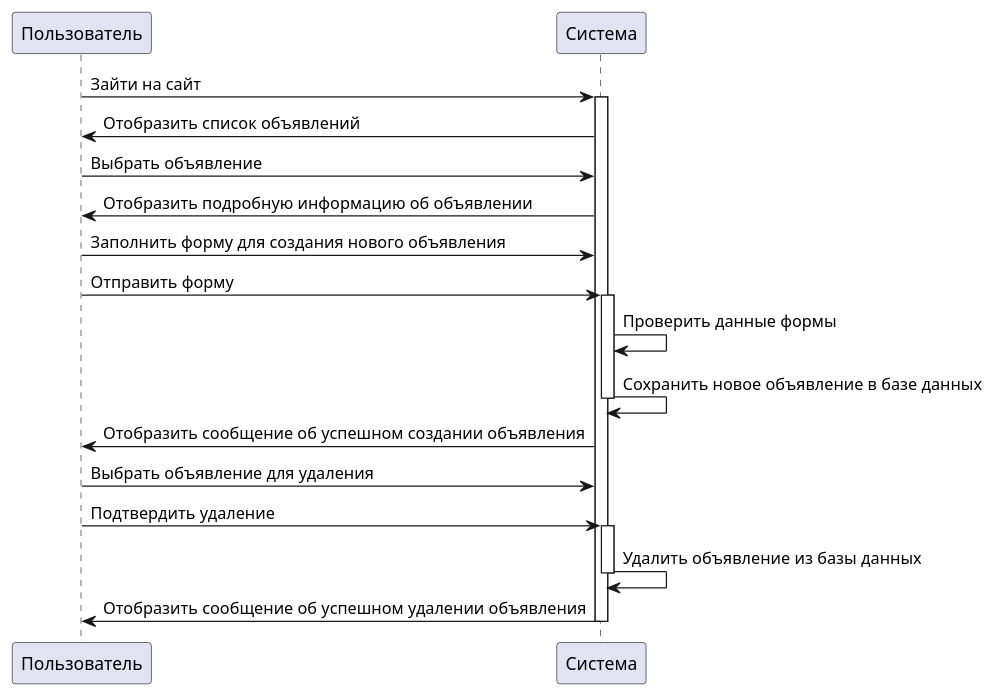
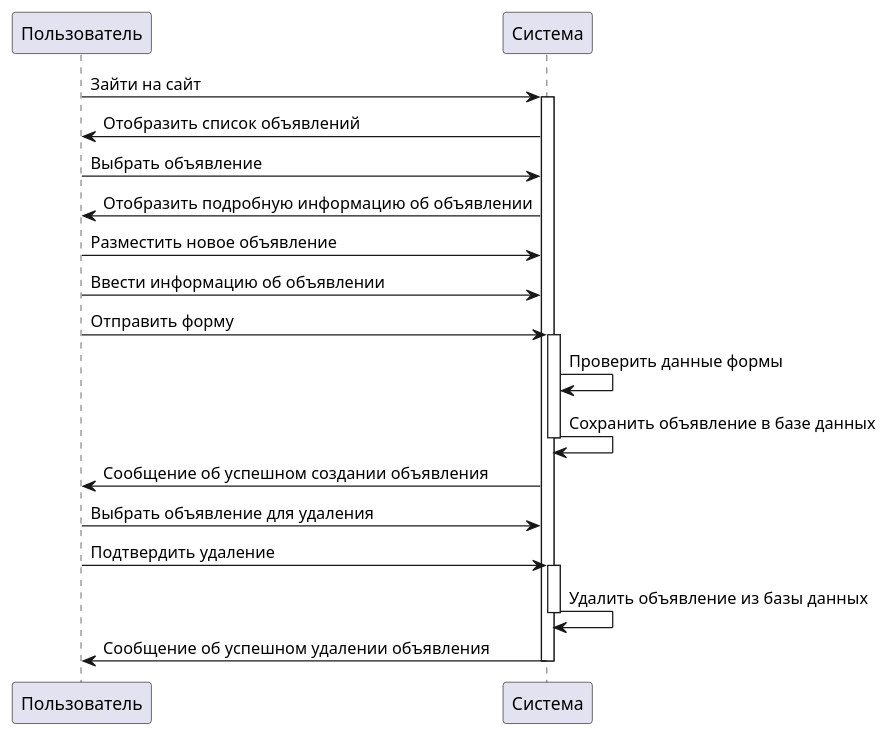
One commit to Faolan2077/TMP changed the diagram in Praktika2/SequenceDiagram.puml. Above: the diagram before and after it, drawn with PlantUML.

```diff
--- a/Praktika2/SequenceDiagram.puml
+++ b/Praktika2/SequenceDiagram.puml
@@ -1,24 +1,25 @@
 @startuml
 participant Пользователь
 participant Система
 
 Пользователь->Система: Зайти на сайт
 activate Система
 Система->Пользователь: Отобразить список объявлений
 Пользователь->Система: Выбрать объявление
 Система->Пользователь: Отобразить подробную информацию об объявлении
-Пользователь->Система: Заполнить форму для создания нового объявления
+Пользователь->Система: Разместить новое объявление
+Пользователь->Система: Ввести информацию об объявлении
 Пользователь->Система: Отправить форму
 activate Система
 Система->Система: Проверить данные формы
-Система->Система: Сохранить новое объявление в базе данных
+Система->Система: Сохранить объявление в базе данных
 deactivate Система
-Система->Пользователь: Отобразить сообщение об успешном создании объявления
+Система->Пользователь: Сообщение об успешном создании объявления
 Пользователь->Система: Выбрать объявление для удаления
 Пользователь->Система: Подтвердить удаление
 activate Система
 Система->Система: Удалить объявление из базы данных
 deactivate Система
-Система->Пользователь: Отобразить сообщение об успешном удалении объявления
+Система->Пользователь: Сообщение об успешном удалении объявления
 deactivate Система
 @enduml
```
